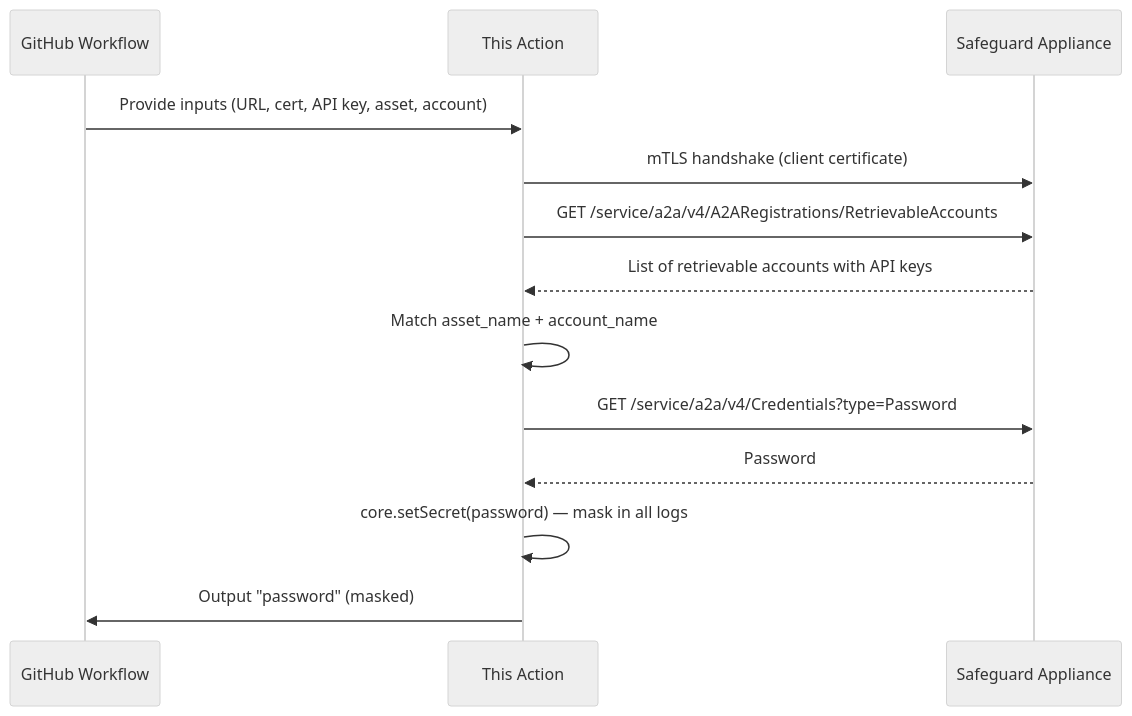
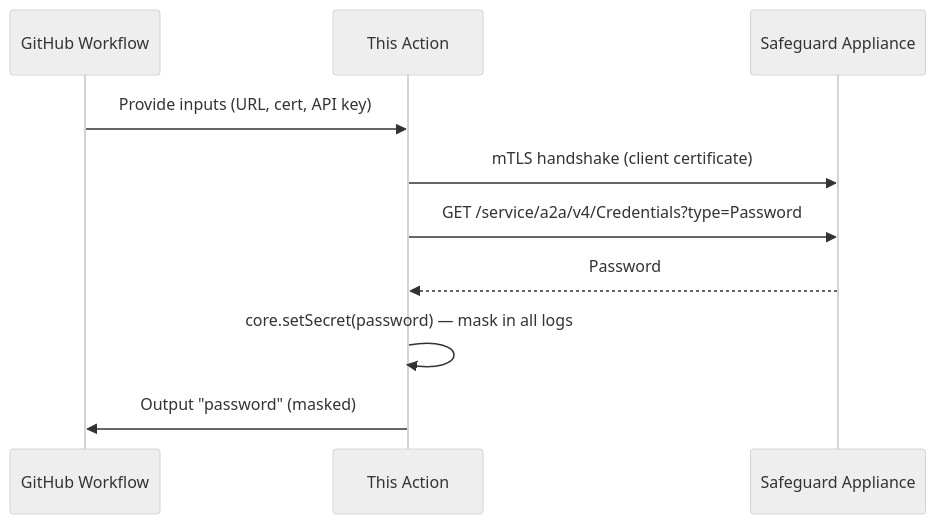
Before and after one commit to chanduvn/SG-GitHubActionPlugin: the diagram in README.md, drawn with Mermaid (neutral theme). The commit also changed other lines of this file, not shown here.

````diff
--- a/README.md
+++ b/README.md
@@ -7,16 +7,13 @@
 ```mermaid
 sequenceDiagram
     participant W as GitHub Workflow
     participant A as This Action
     participant SG as Safeguard Appliance
 
-    W->>A: Provide inputs (URL, cert, API key, asset, account)
+    W->>A: Provide inputs (URL, cert, API key)
     A->>SG: mTLS handshake (client certificate)
-    A->>SG: GET /service/a2a/v4/A2ARegistrations/RetrievableAccounts
-    SG-->>A: List of retrievable accounts with API keys
-    A->>A: Match asset_name + account_name
     A->>SG: GET /service/a2a/v4/Credentials?type=Password
     SG-->>A: Password
     A->>A: core.setSecret(password) — mask in all logs
     A->>W: Output "password" (masked)
 ```
````
